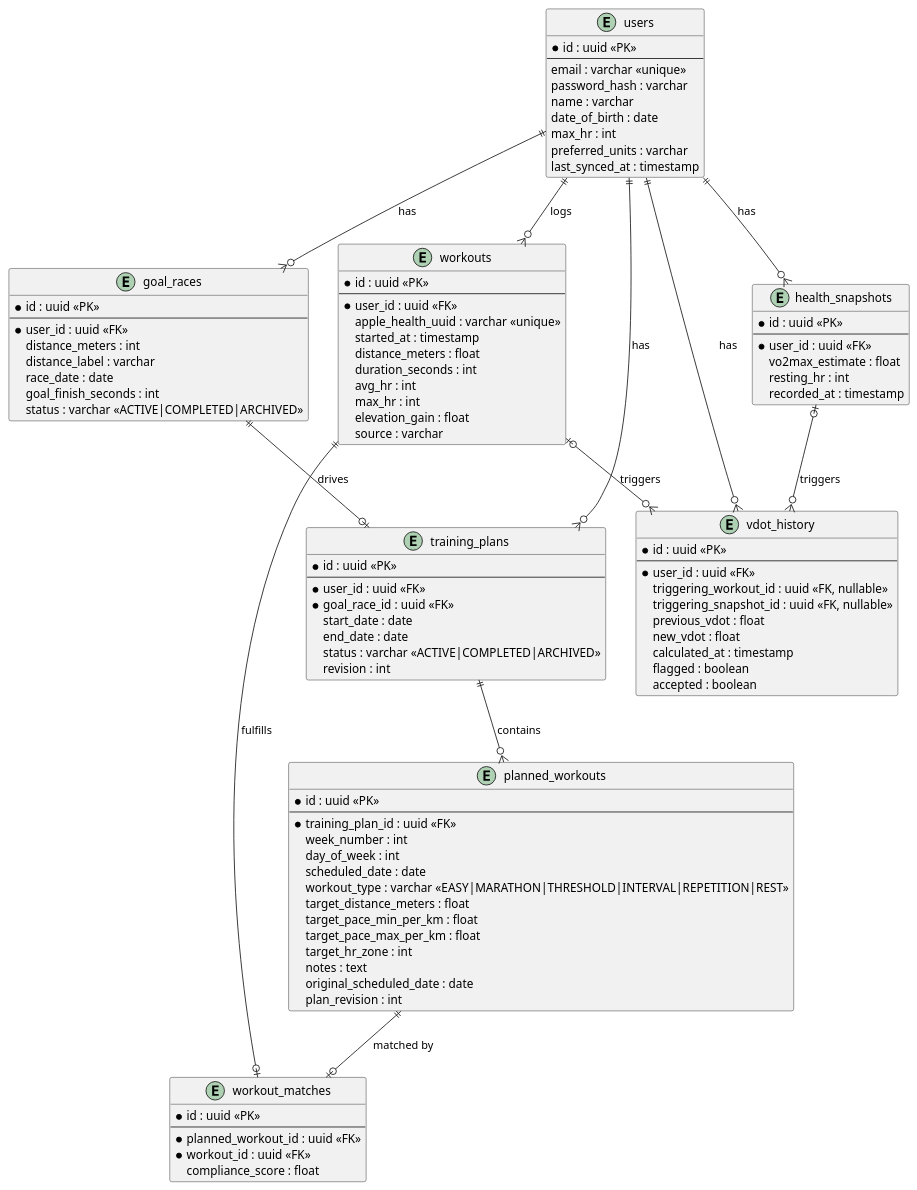
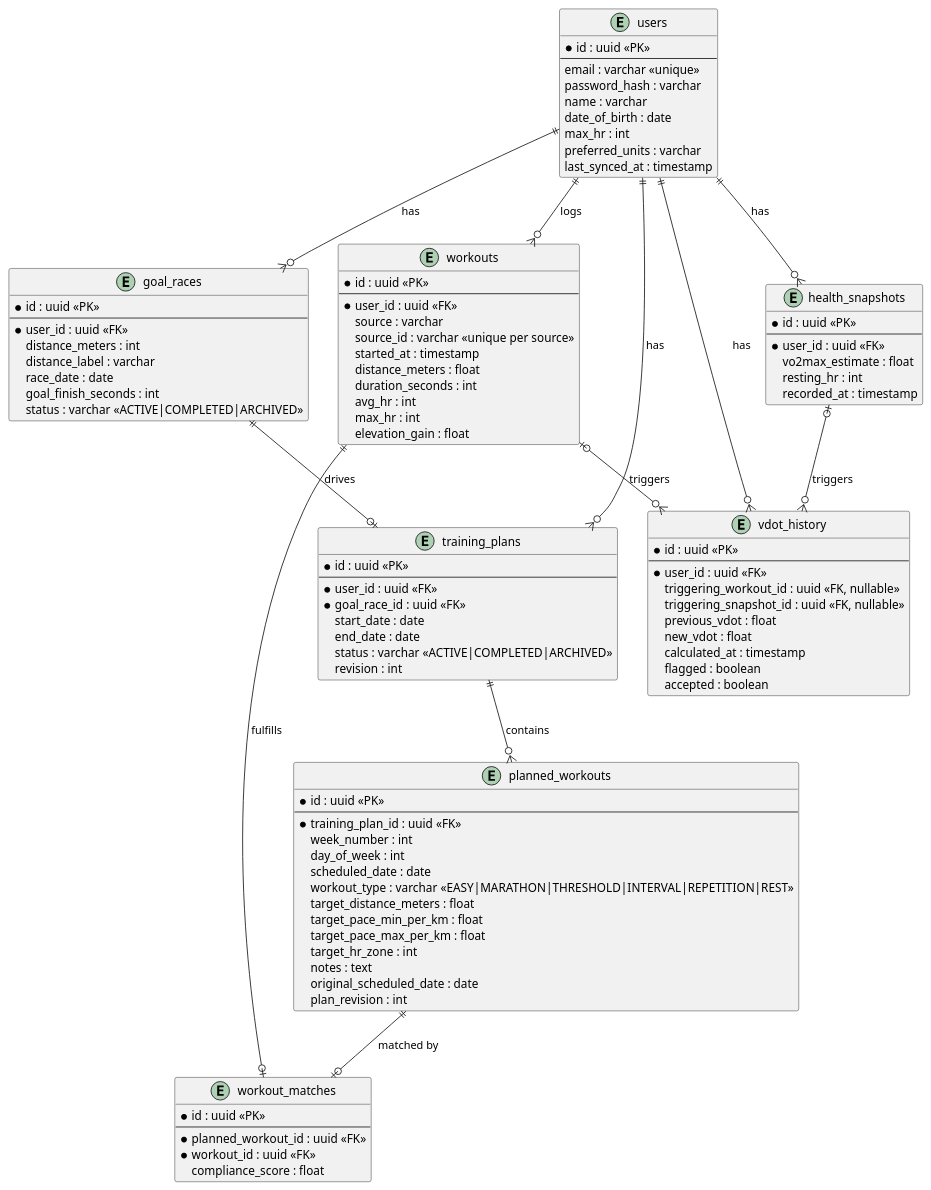
Before and after one commit to ajones8131/run-planner: the diagram in docs/superpowers/specs/2026-03-24-run-planner-design.md, drawn with PlantUML. The commit also changed other lines of this file and 1 other file, not shown here.

```diff
--- a/docs/superpowers/specs/2026-03-24-run-planner-design.md
+++ b/docs/superpowers/specs/2026-03-24-run-planner-design.md
@@ -123,14 +123,14 @@
     * id : uuid <<PK>>
     --
     * user_id : uuid <<FK>>
-    apple_health_uuid : varchar <<unique>>
+    source : varchar
+    source_id : varchar <<unique per source>>
     started_at : timestamp
     distance_meters : float
     duration_seconds : int
     avg_hr : int
     max_hr : int
     elevation_gain : float
-    source : varchar
 }
 
 entity vdot_history {
```
